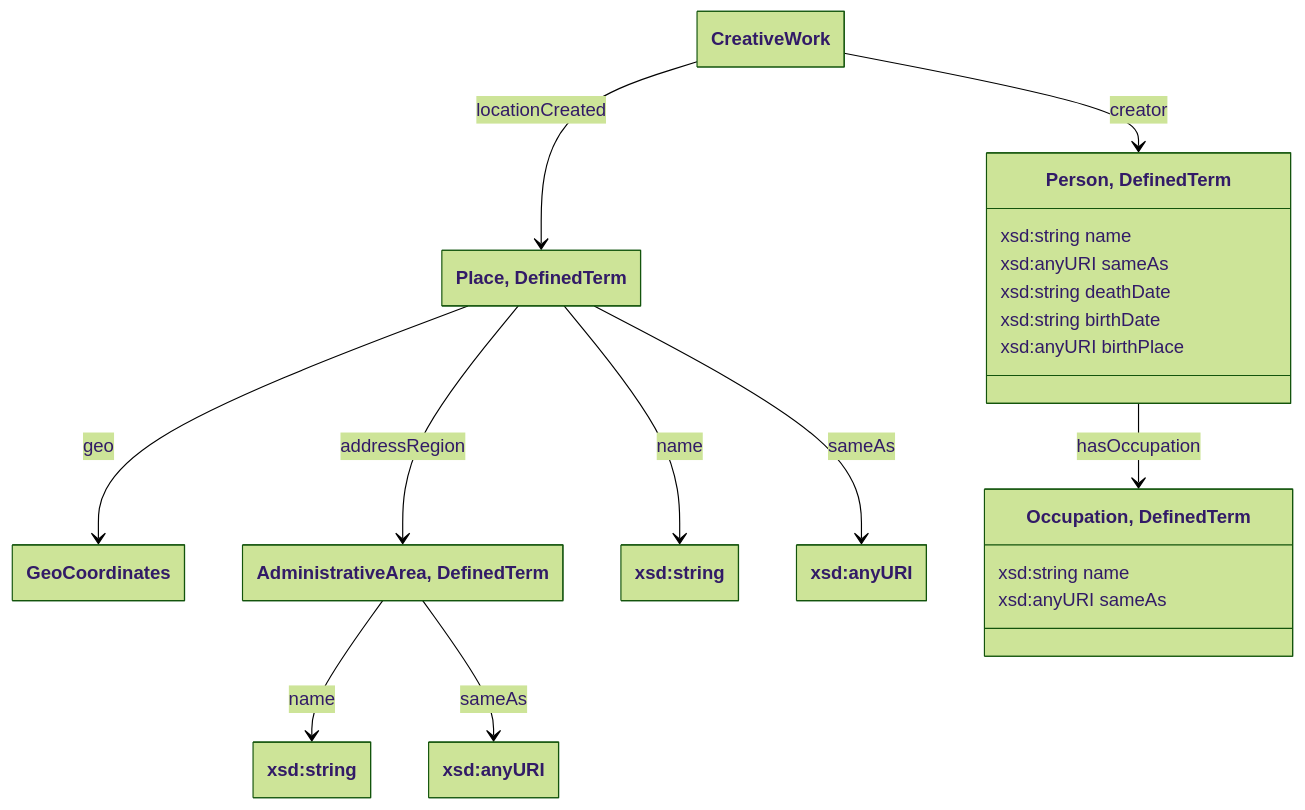
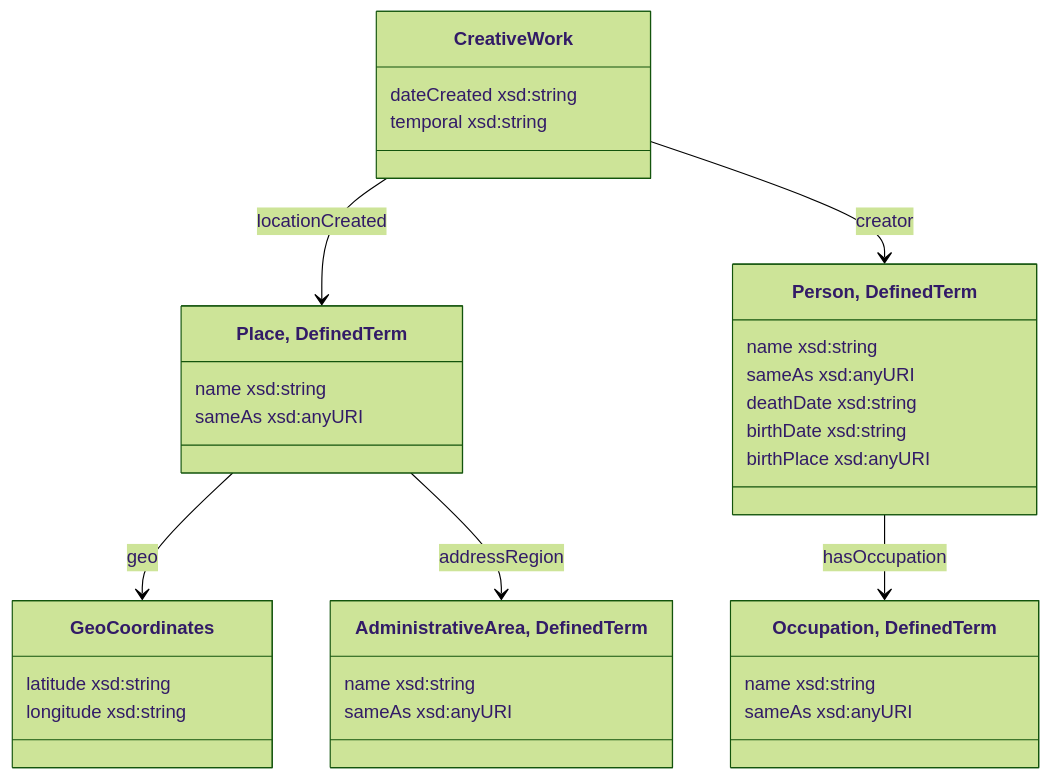
The second of 5 diagrams in docs/datamodel.md (collectienederland/schema-profile), drawn with Mermaid before and after one commit. The commit also changed other lines of this file, not shown here.

```diff
--- a/docs/datamodel.md
+++ b/docs/datamodel.md
@@ -59,39 +103,43 @@
 <pre class="mermaid">
 ---
   config:
     theme: forest
     class:
       hideEmptyMembersBox: true
 ---
 classDiagram
-class creativework["CreativeWork"]
-class place["Place, DefinedTerm"]
-class geocoor["GeoCoordinates"]
-class adminarea["AdministrativeArea, DefinedTerm"]
-class lit_3["xsd:string"]
-class lit_4["xsd:anyURI"]
-class lit_31["xsd:string"]
-class lit_32["xsd:anyURI"]
+class creativework["CreativeWork"] {
+  dateCreated xsd:string
+  temporal xsd:string
+}
+class place["Place, DefinedTerm"] {
+  name xsd:string
+  sameAs xsd:anyURI
+}
+class geocoor["GeoCoordinates"] {
+  latitude xsd:string
+  longitude xsd:string
+}
+class adminarea["AdministrativeArea, DefinedTerm"] {
+  name xsd:string
+  sameAs xsd:anyURI
+}
 creativework --> place: locationCreated
-place --> lit_3: name
-place --> lit_4: sameAs
 place --> geocoor: geo
 place --> adminarea: addressRegion
-adminarea --> lit_31: name
-adminarea --> lit_32: sameAs
 
 class person["Person, DefinedTerm"]{
-  xsd:string name
-  xsd:anyURI sameAs
-  xsd:string deathDate
-  xsd:string birthDate
-  xsd:anyURI birthPlace
+  name xsd:string 
+   sameAs xsd:anyURI 
+  deathDate xsd:string 
+  birthDate xsd:string 
+  birthPlace xsd:anyURI 
 }
 creativework --> person: creator
 class occupation["Occupation, DefinedTerm"]{
-  xsd:string name
-  xsd:anyURI sameAs
+  name xsd:string 
+  sameAs xsd:anyURI 
 }
 
 person --> occupation: hasOccupation
 </pre>
```
